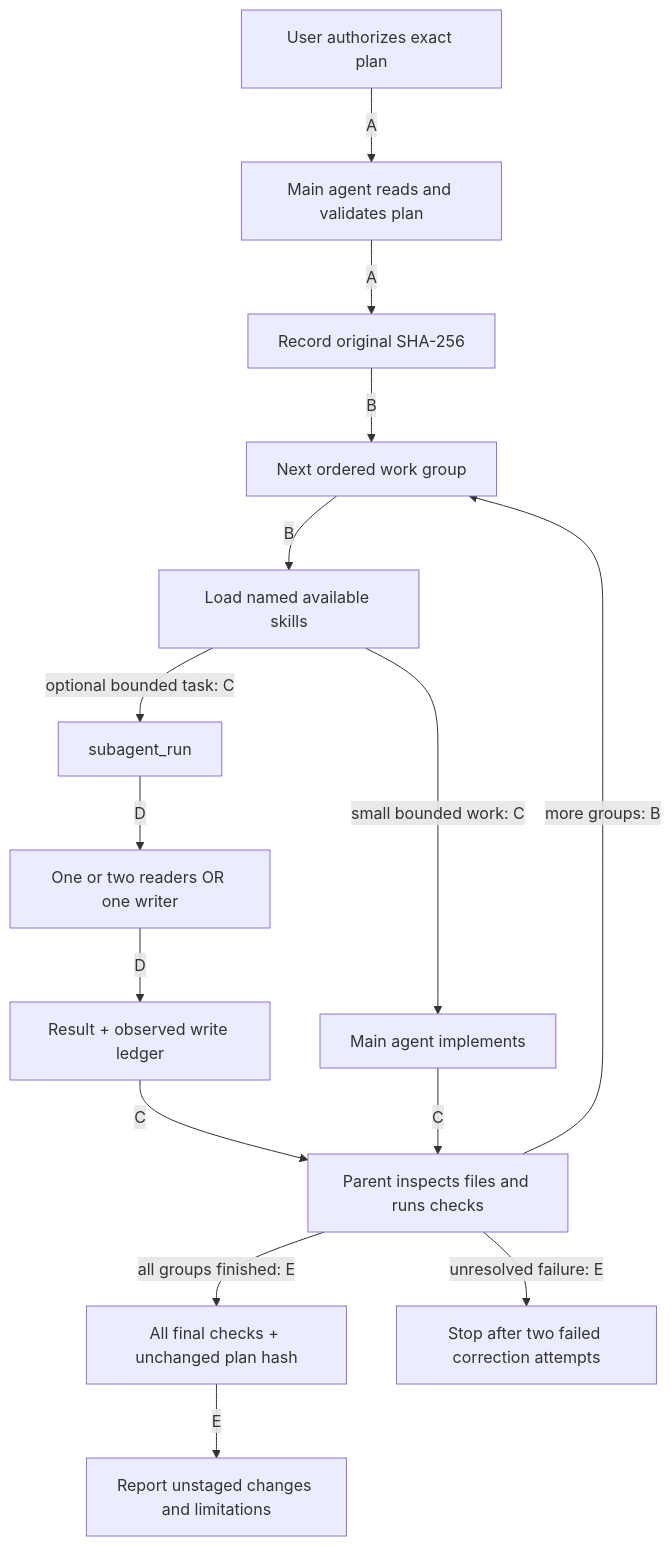
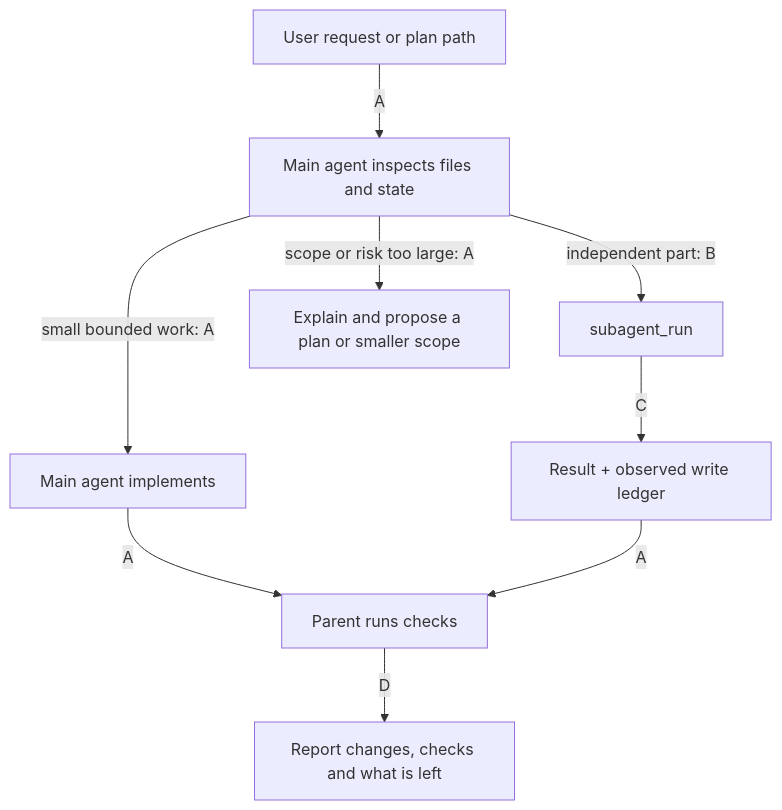
One commit to andresnator/pi-orchestraitor changed the first of 2 diagrams in docs/architecture/execution.md. Above: the diagram before and after it, drawn with Mermaid. The commit also changed other lines of this file and 22 other files, not shown here.

````diff
--- a/docs/architecture/execution.md
+++ b/docs/architecture/execution.md
@@ -9,17 +9,11 @@
 ```mermaid
 flowchart TD
-  U[User authorizes exact plan] -->|A| P[Main agent reads and validates plan]
-  P -->|A| H[Record original SHA-256]
-  H -->|B| G[Next ordered work group]
-  G -->|B| S[Load named available skills]
-  S -->|small bounded work: C| M[Main agent implements]
-  S -->|optional bounded task: C| D[subagent_run]
-  D -->|D| R[One or two readers OR one writer]
-  R -->|D| O[Result + observed write ledger]
-  O -->|C| V[Parent inspects files and runs checks]
-  M -->|C| V
-  V -->|more groups: B| G
-  V -->|all groups finished: E| F[All final checks + unchanged plan hash]
-  F -->|E| Z[Report unstaged changes and limitations]
-  V -->|unresolved failure: E| STOP[Stop after two failed correction attempts]
+  U[User request or plan path] -->|A| I[Main agent inspects files and state]
+  I -->|small bounded work: A| M[Main agent implements]
+  I -->|independent part: B| D[subagent_run]
+  I -->|scope or risk too large: A| Q[Explain and propose a plan or smaller scope]
+  D -->|C| O[Result + observed write ledger]
+  M -->|A| V[Parent runs checks]
+  O -->|A| V
+  V -->|D| Z[Report changes, checks and what is left]
 ```
````
